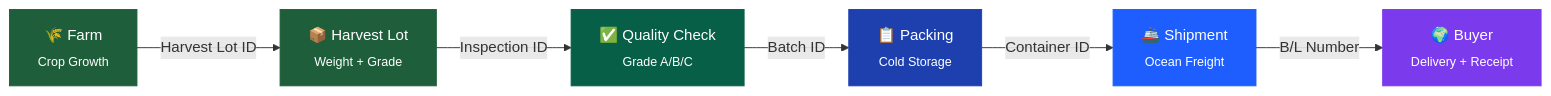
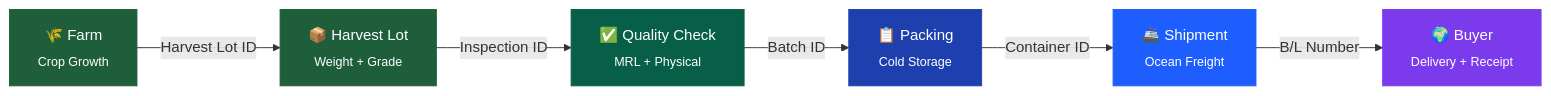
One commit to omrajput14/agriflow changed the second of 5 diagrams in README.md. Above: the diagram before and after it, drawn with Mermaid. The commit also changed other lines of this file and 1 other file, not shown here.

````diff
--- a/README.md
+++ b/README.md
@@ -217,15 +238,15 @@
 ```mermaid
 graph LR
     F["🌾 Farm<br/><sub>Crop Growth</sub>"] -->|"Harvest Lot ID"| H["📦 Harvest Lot<br/><sub>Weight + Grade</sub>"]
-    H -->|"Inspection ID"| Q["✅ Quality Check<br/><sub>Grade A/B/C</sub>"]
+    H -->|"Inspection ID"| Q["✅ Quality Check<br/><sub>MRL + Physical</sub>"]
     Q -->|"Batch ID"| P["📋 Packing<br/><sub>Cold Storage</sub>"]
     P -->|"Container ID"| S["🚢 Shipment<br/><sub>Ocean Freight</sub>"]
     S -->|"B/L Number"| B["🌍 Buyer<br/><sub>Delivery + Receipt</sub>"]
 
     style F fill:#1F5E3B,stroke:#1F5E3B,color:#fff
     style H fill:#1F5E3B,stroke:#1F5E3B,color:#fff
     style Q fill:#065f46,stroke:#065f46,color:#fff
     style P fill:#1e40af,stroke:#1e40af,color:#fff
     style S fill:#1E5EFF,stroke:#1E5EFF,color:#fff
     style B fill:#7c3aed,stroke:#7c3aed,color:#fff
 ```
````
